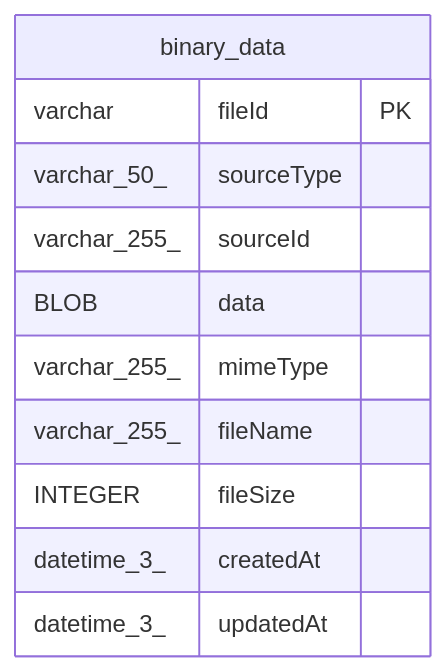
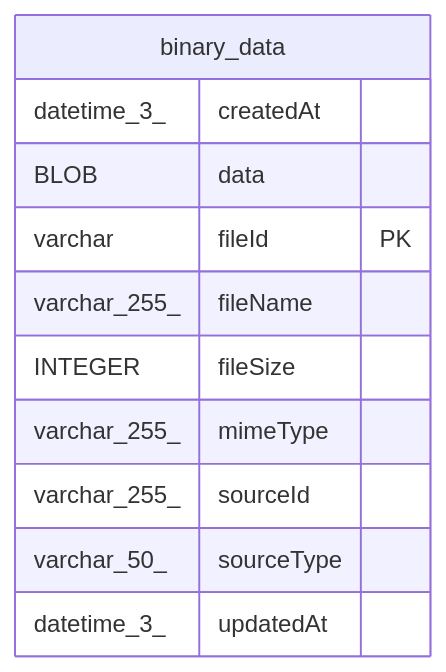
Before and after one commit to mayankjain1815-commits/n8n: the diagram in docs/generated/sqlite-schema/binary_data.md, drawn with Mermaid. The commit also changed other lines of this file and 221 other files, not shown here.

Commit message:
chore(core): Make DB schema docs generation deterministic (#32373)

````diff
--- a/docs/generated/sqlite-schema/binary_data.md
+++ b/docs/generated/sqlite-schema/binary_data.md
@@ -45,16 +45,16 @@
 ```mermaid
 erDiagram
 
 
 "binary_data" {
+  datetime_3_ createdAt
+  BLOB data
   varchar fileId PK
-  varchar_50_ sourceType
-  varchar_255_ sourceId
-  BLOB data
-  varchar_255_ mimeType
   varchar_255_ fileName
   INTEGER fileSize
-  datetime_3_ createdAt
+  varchar_255_ mimeType
+  varchar_255_ sourceId
+  varchar_50_ sourceType
   datetime_3_ updatedAt
 }
 ```
````
